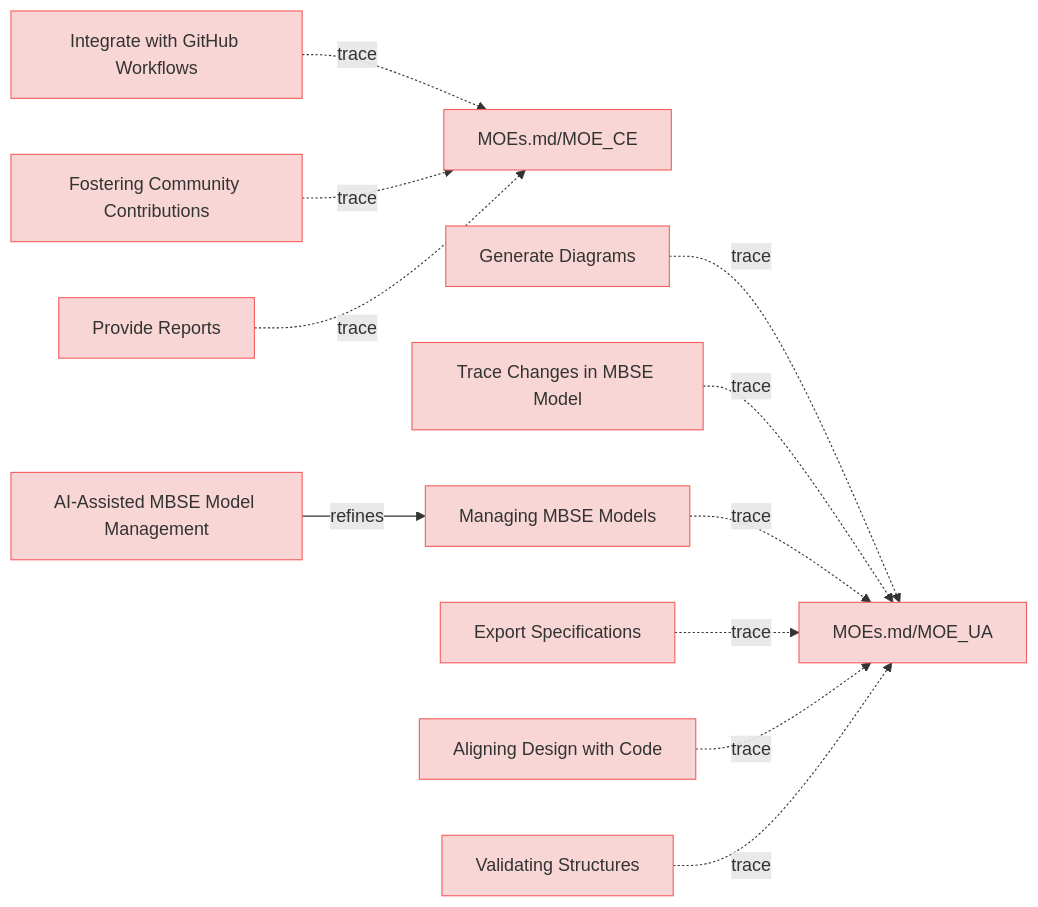
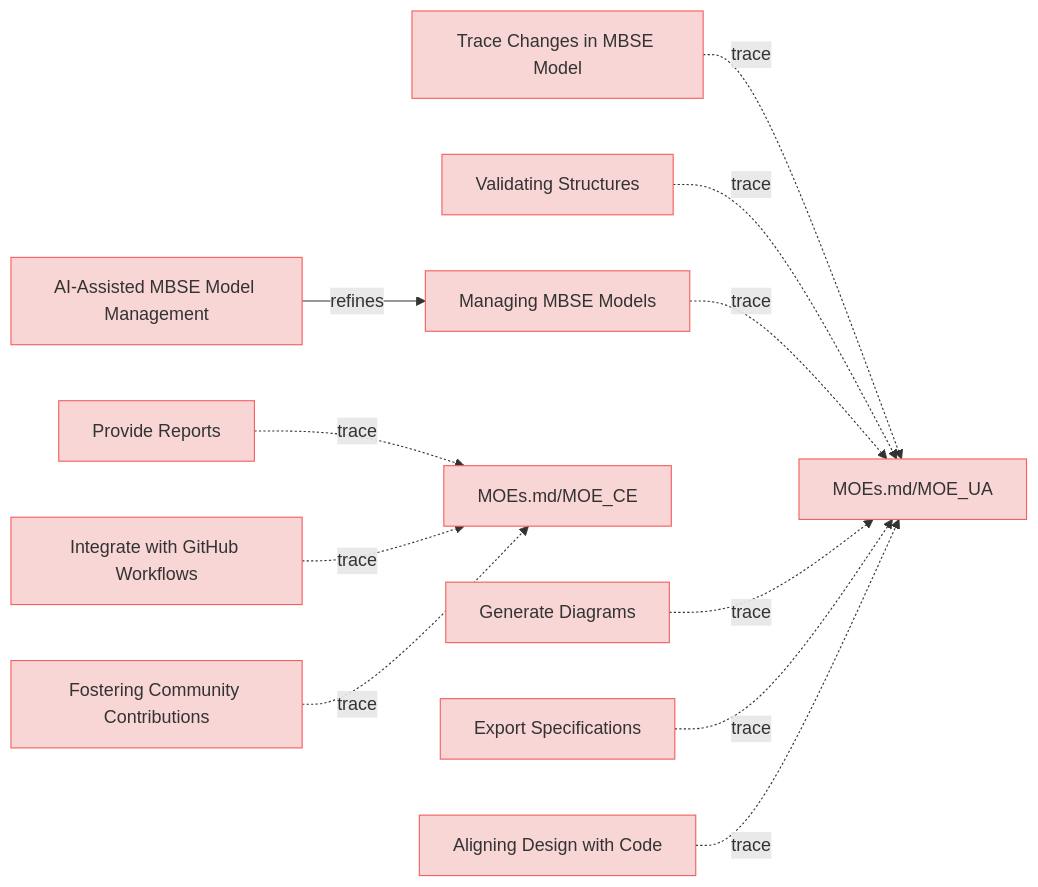
One commit to reqvire-org/reqvire changed the diagram in specifications/UserStories.md. Above: the diagram before and after it, drawn with Mermaid. The commit also changed 16 other files, not shown here.

````diff
--- a/specifications/UserStories.md
+++ b/specifications/UserStories.md
@@ -12,55 +12,55 @@
 ```mermaid
 graph LR;
   %% Graph styling
   classDef requirement fill:#f9d6d6,stroke:#f55f5f,stroke-width:1px;
   classDef verification fill:#d6f9d6,stroke:#5fd75f,stroke-width:1px;
   classDef externalLink fill:#d0e0ff,stroke:#3080ff,stroke-width:1px;
   classDef default fill:#f5f5f5,stroke:#333333,stroke-width:1px;
 
-  1563f8454019c887["Integrate with GitHub Workflows"];
-  click 1563f8454019c887 "https://github.com/Reqvire/reqvire/blob/92e82ef235559b4819fd85d700024b79b452d8e3/specifications/UserStories.md#integrate-with-github-workflows";
-  class 1563f8454019c887 requirement;
+  2591b90e1fb90daa["Trace Changes in MBSE Model"];
+  click 2591b90e1fb90daa "https://github.com/Reqvire/reqvire/blob/30536324899084e88969175e3613c971ffa6e108/specifications/UserStories.md#trace-changes-in-mbse-model";
+  class 2591b90e1fb90daa requirement;
+  6c33f565725d5e41["MOEs.md/MOE_UA"];
+  class 6c33f565725d5e41 requirement;
+  click 6c33f565725d5e41 "https://github.com/Reqvire/reqvire/blob/30536324899084e88969175e3613c971ffa6e108/specifications/MOEs.md#moe_ua";
+  2591b90e1fb90daa -.->|trace| 6c33f565725d5e41;
+  a0f9571f6563d9d3["Validating Structures"];
+  click a0f9571f6563d9d3 "https://github.com/Reqvire/reqvire/blob/30536324899084e88969175e3613c971ffa6e108/specifications/UserStories.md#validating-structures";
+  class a0f9571f6563d9d3 requirement;
+  a0f9571f6563d9d3 -.->|trace| 6c33f565725d5e41;
+  c75ac8fa29479ca5["Managing MBSE Models"];
+  click c75ac8fa29479ca5 "https://github.com/Reqvire/reqvire/blob/30536324899084e88969175e3613c971ffa6e108/specifications/UserStories.md#managing-mbse-models";
+  class c75ac8fa29479ca5 requirement;
+  c75ac8fa29479ca5 -.->|trace| 6c33f565725d5e41;
+  9cb6618c17d19a11["Provide Reports"];
+  click 9cb6618c17d19a11 "https://github.com/Reqvire/reqvire/blob/30536324899084e88969175e3613c971ffa6e108/specifications/UserStories.md#provide-reports";
+  class 9cb6618c17d19a11 requirement;
   ac59f565725d5e41["MOEs.md/MOE_CE"];
   class ac59f565725d5e41 requirement;
-  click ac59f565725d5e41 "https://github.com/Reqvire/reqvire/blob/92e82ef235559b4819fd85d700024b79b452d8e3/specifications/MOEs.md#moe_ce";
+  click ac59f565725d5e41 "https://github.com/Reqvire/reqvire/blob/30536324899084e88969175e3613c971ffa6e108/specifications/MOEs.md#moe_ce";
+  9cb6618c17d19a11 -.->|trace| ac59f565725d5e41;
+  694c4bb24b10f0c7["Generate Diagrams"];
+  click 694c4bb24b10f0c7 "https://github.com/Reqvire/reqvire/blob/30536324899084e88969175e3613c971ffa6e108/specifications/UserStories.md#generate-diagrams";
+  class 694c4bb24b10f0c7 requirement;
+  694c4bb24b10f0c7 -.->|trace| 6c33f565725d5e41;
+  1563f8454019c887["Integrate with GitHub Workflows"];
+  click 1563f8454019c887 "https://github.com/Reqvire/reqvire/blob/30536324899084e88969175e3613c971ffa6e108/specifications/UserStories.md#integrate-with-github-workflows";
+  class 1563f8454019c887 requirement;
   1563f8454019c887 -.->|trace| ac59f565725d5e41;
-  694c4bb24b10f0c7["Generate Diagrams"];
-  click 694c4bb24b10f0c7 "https://github.com/Reqvire/reqvire/blob/92e82ef235559b4819fd85d700024b79b452d8e3/specifications/UserStories.md#generate-diagrams";
-  class 694c4bb24b10f0c7 requirement;
-  6c33f565725d5e41["MOEs.md/MOE_UA"];
-  class 6c33f565725d5e41 requirement;
-  click 6c33f565725d5e41 "https://github.com/Reqvire/reqvire/blob/92e82ef235559b4819fd85d700024b79b452d8e3/specifications/MOEs.md#moe_ua";
-  694c4bb24b10f0c7 -.->|trace| 6c33f565725d5e41;
-  2591b90e1fb90daa["Trace Changes in MBSE Model"];
-  click 2591b90e1fb90daa "https://github.com/Reqvire/reqvire/blob/92e82ef235559b4819fd85d700024b79b452d8e3/specifications/UserStories.md#trace-changes-in-mbse-model";
-  class 2591b90e1fb90daa requirement;
-  2591b90e1fb90daa -.->|trace| 6c33f565725d5e41;
-  c75ac8fa29479ca5["Managing MBSE Models"];
-  click c75ac8fa29479ca5 "https://github.com/Reqvire/reqvire/blob/92e82ef235559b4819fd85d700024b79b452d8e3/specifications/UserStories.md#managing-mbse-models";
-  class c75ac8fa29479ca5 requirement;
-  c75ac8fa29479ca5 -.->|trace| 6c33f565725d5e41;
   3bb2096c4648e3ff["Export Specifications"];
-  click 3bb2096c4648e3ff "https://github.com/Reqvire/reqvire/blob/92e82ef235559b4819fd85d700024b79b452d8e3/specifications/UserStories.md#export-specifications";
+  click 3bb2096c4648e3ff "https://github.com/Reqvire/reqvire/blob/30536324899084e88969175e3613c971ffa6e108/specifications/UserStories.md#export-specifications";
   class 3bb2096c4648e3ff requirement;
   3bb2096c4648e3ff -.->|trace| 6c33f565725d5e41;
   a9bc74070fc71e6d["Aligning Design with Code"];
-  click a9bc74070fc71e6d "https://github.com/Reqvire/reqvire/blob/92e82ef235559b4819fd85d700024b79b452d8e3/specifications/UserStories.md#aligning-design-with-code";
+  click a9bc74070fc71e6d "https://github.com/Reqvire/reqvire/blob/30536324899084e88969175e3613c971ffa6e108/specifications/UserStories.md#aligning-design-with-code";
   class a9bc74070fc71e6d requirement;
   a9bc74070fc71e6d -.->|trace| 6c33f565725d5e41;
+  b7a255ea304a325e["Fostering Community Contributions"];
+  click b7a255ea304a325e "https://github.com/Reqvire/reqvire/blob/30536324899084e88969175e3613c971ffa6e108/specifications/UserStories.md#fostering-community-contributions";
+  class b7a255ea304a325e requirement;
+  b7a255ea304a325e -.->|trace| ac59f565725d5e41;
   8fc677b7413bb247["AI-Assisted MBSE Model Management"];
-  click 8fc677b7413bb247 "https://github.com/Reqvire/reqvire/blob/92e82ef235559b4819fd85d700024b79b452d8e3/specifications/UserStories.md#ai-assisted-mbse-model-management";
+  click 8fc677b7413bb247 "https://github.com/Reqvire/reqvire/blob/30536324899084e88969175e3613c971ffa6e108/specifications/UserStories.md#ai-assisted-mbse-model-management";
   class 8fc677b7413bb247 requirement;
   8fc677b7413bb247 -->|refines| c75ac8fa29479ca5;
-  a0f9571f6563d9d3["Validating Structures"];
-  click a0f9571f6563d9d3 "https://github.com/Reqvire/reqvire/blob/92e82ef235559b4819fd85d700024b79b452d8e3/specifications/UserStories.md#validating-structures";
-  class a0f9571f6563d9d3 requirement;
-  a0f9571f6563d9d3 -.->|trace| 6c33f565725d5e41;
-  b7a255ea304a325e["Fostering Community Contributions"];
-  click b7a255ea304a325e "https://github.com/Reqvire/reqvire/blob/92e82ef235559b4819fd85d700024b79b452d8e3/specifications/UserStories.md#fostering-community-contributions";
-  class b7a255ea304a325e requirement;
-  b7a255ea304a325e -.->|trace| ac59f565725d5e41;
-  9cb6618c17d19a11["Provide Reports"];
-  click 9cb6618c17d19a11 "https://github.com/Reqvire/reqvire/blob/92e82ef235559b4819fd85d700024b79b452d8e3/specifications/UserStories.md#provide-reports";
-  class 9cb6618c17d19a11 requirement;
-  9cb6618c17d19a11 -.->|trace| ac59f565725d5e41;
 ```
````
